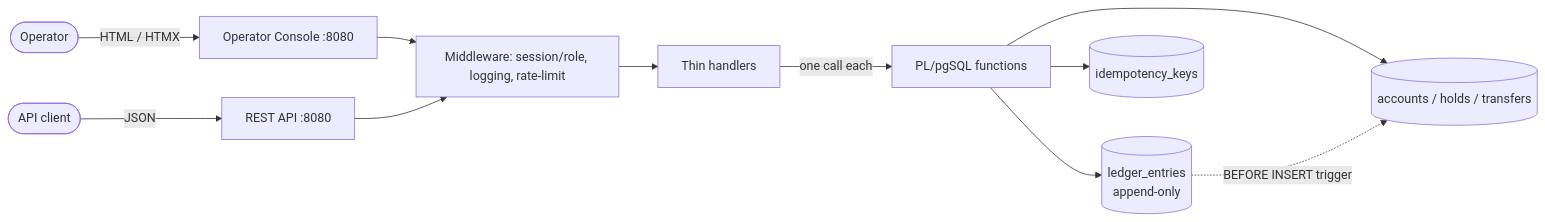
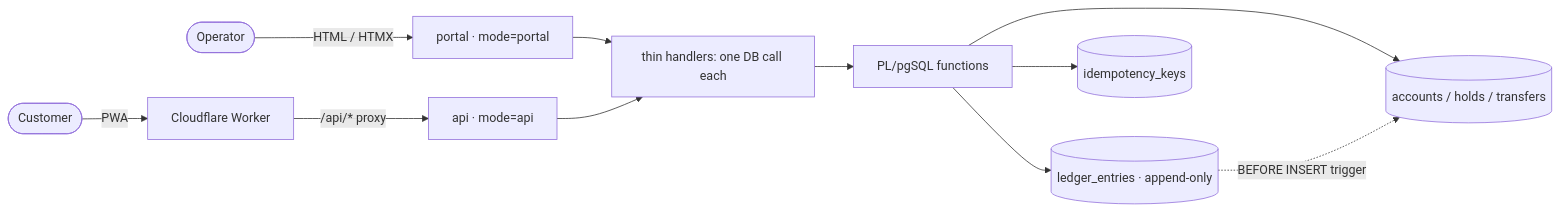
The first of 2 diagrams in docs/01-overview.md (minhtt159/bank0), drawn with Mermaid before and after one commit. The commit also changed other lines of this file and 100 other files, not shown here.

````diff
--- a/docs/01-overview.md
+++ b/docs/01-overview.md
@@ -102,13 +57,13 @@
 ```mermaid
 graph LR
-    Op([Operator]) -->|HTML / HTMX| Web[Operator Console :8080]
-    Client([API client]) -->|JSON| API[REST API :8080]
-    Web --> MW[Middleware: session/role, logging, rate-limit]
+    Op([Operator]) -->|HTML / HTMX| Portal[portal · mode=portal]
+    Cust([Customer]) -->|PWA| CFW[Cloudflare Worker]
+    CFW -->|/api/* proxy| API[api · mode=api]
+    Portal --> MW[thin handlers: one DB call each]
     API --> MW
-    MW --> H[Thin handlers]
-    H -->|one call each| FN[PL/pgSQL functions]
-    FN --> L[(ledger_entries\nappend-only)]
+    MW --> FN[PL/pgSQL functions]
+    FN --> L[(ledger_entries · append-only)]
     FN --> A[(accounts / holds / transfers)]
     L -. BEFORE INSERT trigger .-> A
     FN --> IK[(idempotency_keys)]
 ```
````
